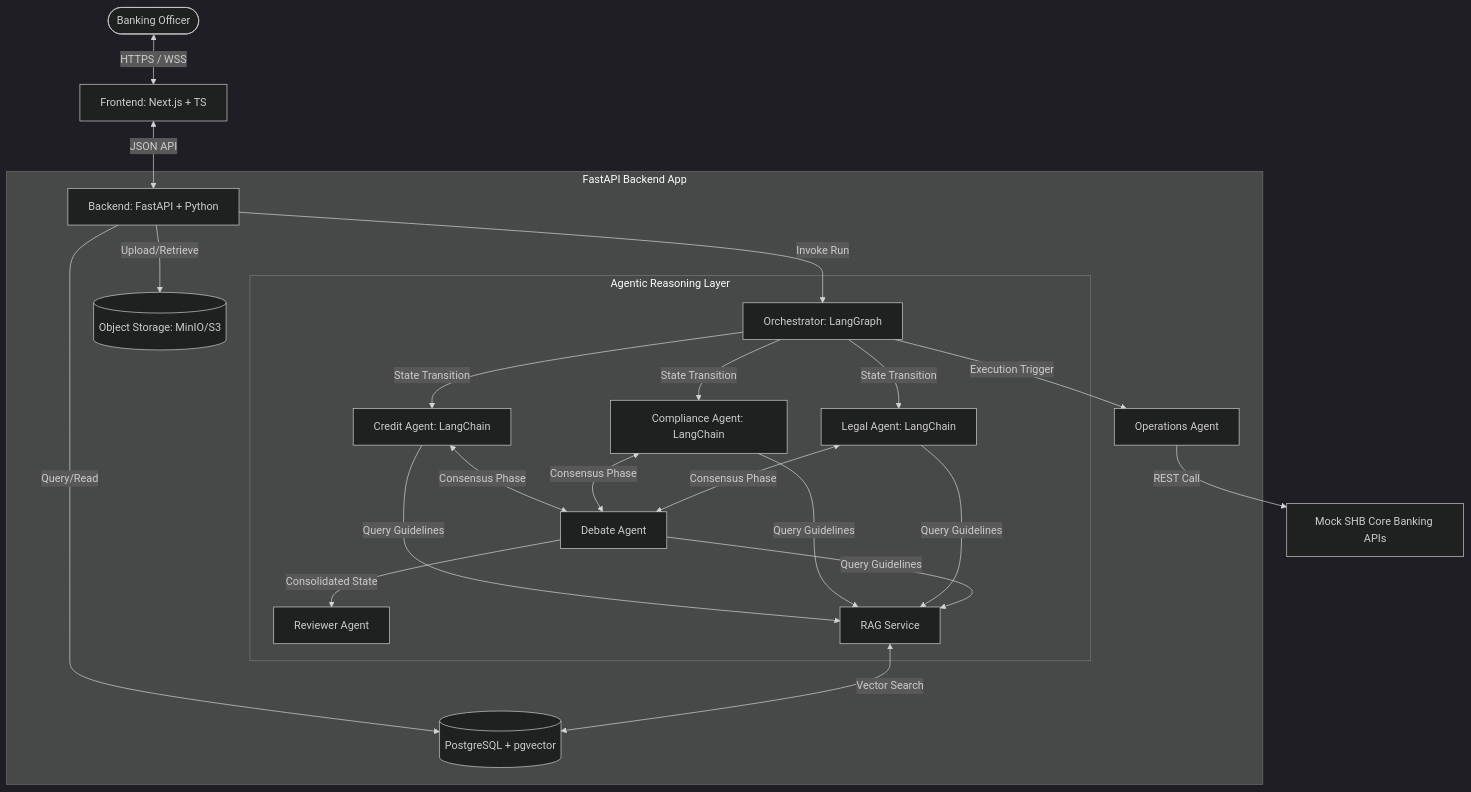
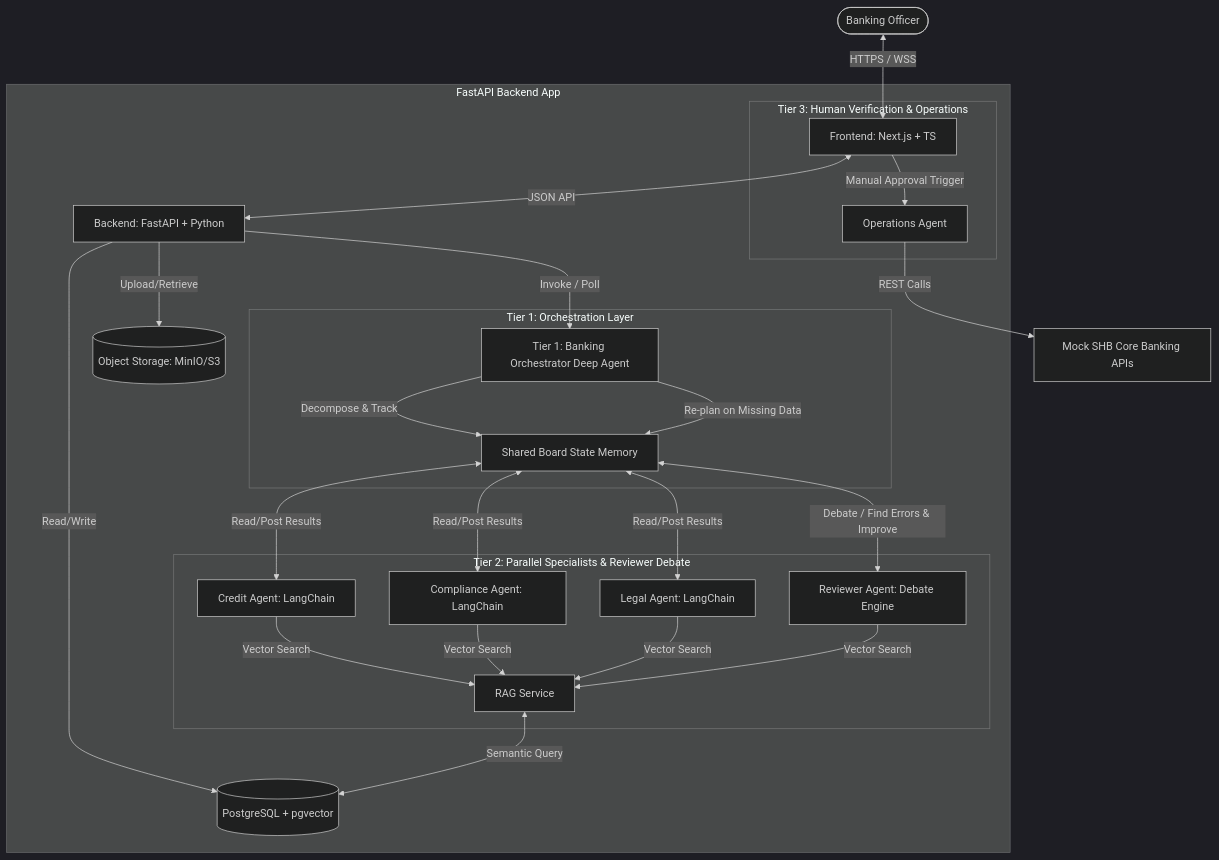
One commit to AnNT-k7/HUB_claude_code changed the first of 2 diagrams in docs/ARCHITECTURE.md. Above: the diagram before and after it, drawn with Mermaid (dark theme). The commit also changed other lines of this file and 4 other files, not shown here.

````diff
--- a/docs/ARCHITECTURE.md
+++ b/docs/ARCHITECTURE.md
@@ -9,27 +9,33 @@
 ```mermaid
 graph TD
     User([Banking Officer]) <--> |HTTPS / WSS| FE[Frontend: Next.js + TS]
     FE <--> |JSON API| BE[Backend: FastAPI + Python]
     
     subgraph FastAPI Backend App
-        BE --> |Invoke Run| Orch[Orchestrator: LangGraph]
-        BE --> |Query/Read| DB[(PostgreSQL + pgvector)]
+        BE --> |Invoke / Poll| Tier1[Tier 1: Banking Orchestrator Deep Agent]
+        BE --> |Read/Write| DB[(PostgreSQL + pgvector)]
         BE --> |Upload/Retrieve| OS[(Object Storage: MinIO/S3)]
         
-        subgraph Agentic Reasoning Layer
-            Orch --> |State Transition| CreditAgent[Credit Agent: LangChain]
-            Orch --> |State Transition| ComplianceAgent[Compliance Agent: LangChain]
-            Orch --> |State Transition| LegalAgent[Legal Agent: LangChain]
-            
-            CreditAgent & ComplianceAgent & LegalAgent <--> |Consensus Phase| DebateAgent[Debate Agent]
-            DebateAgent --> |Consolidated State| ReviewerAgent[Reviewer Agent]
-            
-            CreditAgent & ComplianceAgent & LegalAgent & DebateAgent --> |Query Guidelines| RAG[RAG Service]
+        subgraph Tier 1: Orchestration Layer
+            Tier1 --> |Decompose & Track| SharedBoard[Shared Board State Memory]
+            Tier1 --> |Re-plan on Missing Data| SharedBoard
         end
         
-        Orch --> |Execution Trigger| OpsAgent[Operations Agent]
+        subgraph Tier 2: Parallel Specialists & Reviewer Debate
+            SharedBoard <--> |Read/Post Results| CreditAgent[Credit Agent: LangChain]
+            SharedBoard <--> |Read/Post Results| ComplianceAgent[Compliance Agent: LangChain]
+            SharedBoard <--> |Read/Post Results| LegalAgent[Legal Agent: LangChain]
+            
+            SharedBoard <--> |Debate / Find Errors & Improve| ReviewerAgent[Reviewer Agent: Debate Engine]
+            
+            CreditAgent & ComplianceAgent & LegalAgent & ReviewerAgent --> |Vector Search| RAG[RAG Service]
+        end
+        
+        subgraph Tier 3: Human Verification & Operations
+            FE --> |Manual Approval Trigger| OpsAgent[Operations Agent]
+        end
     end
     
-    RAG <--> |Vector Search| DB
-    OpsAgent --> |REST Call| MockSHB[Mock SHB Core Banking APIs]
+    RAG <--> |Semantic Query| DB
+    OpsAgent --> |REST Calls| MockSHB[Mock SHB Core Banking APIs]
 ```
````
